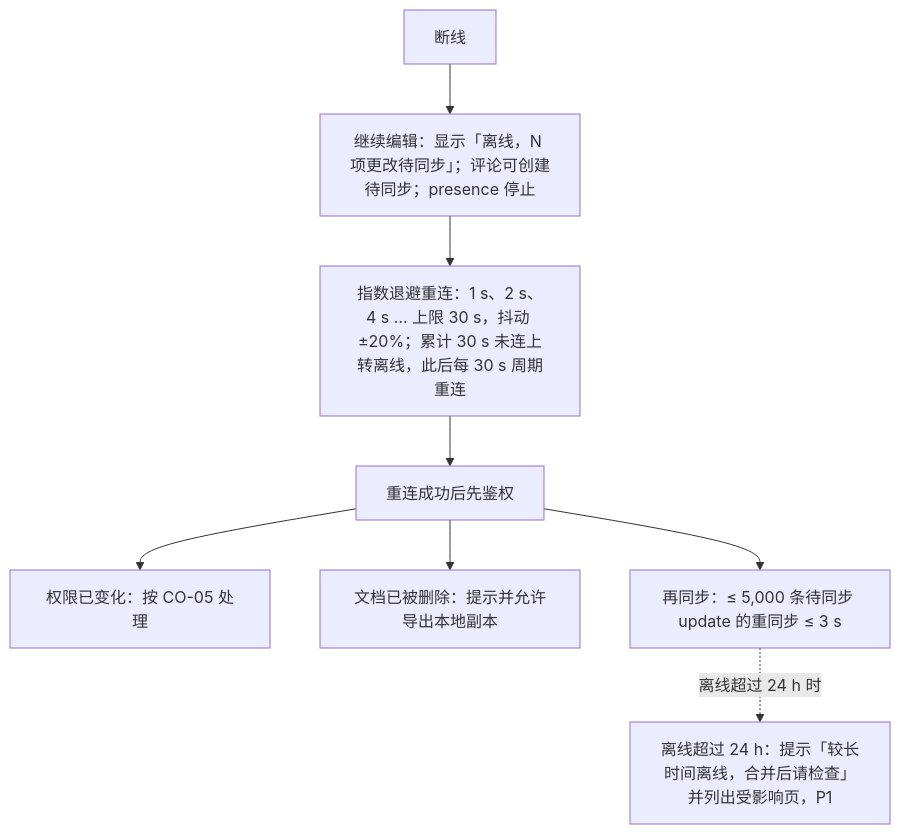
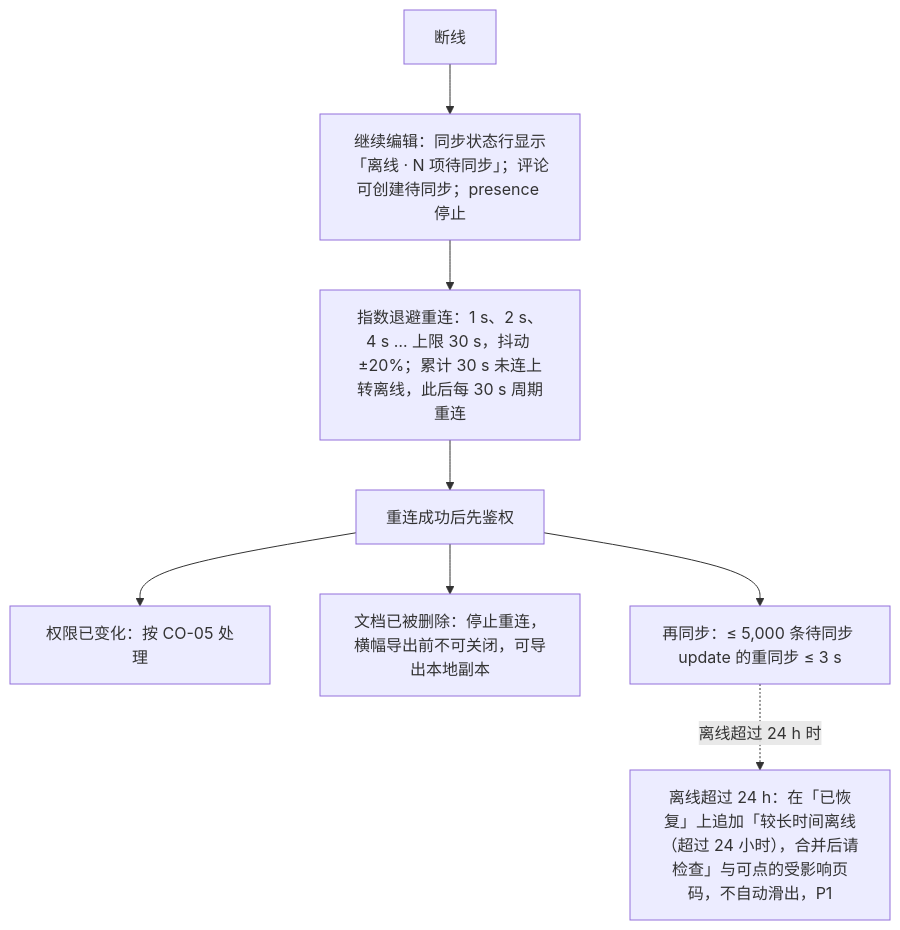
Before and after one commit to Xeonice/cordis-ppt-editor: the fourth of 10 diagrams in docs/10-prd/03-features/03-collaboration.md, drawn with Mermaid. The commit also changed other lines of this file and 16 other files, not shown here.

First line of the commit message:
docs(prd): 按设计语言 v3 改读需求表述（第 0–3 批与母版视图改版）

````diff
--- a/docs/10-prd/03-features/03-collaboration.md
+++ b/docs/10-prd/03-features/03-collaboration.md
@@ -190,16 +193,16 @@
 ```mermaid
 flowchart TB
   drop["断线"]
-  local["继续编辑：显示「离线，N 项更改待同步」；评论可创建待同步；presence 停止"]
+  local["继续编辑：同步状态行显示「离线 · N 项待同步」；评论可创建待同步；presence 停止"]
   backoff["指数退避重连：1 s、2 s、4 s … 上限 30 s，抖动 ±20%；累计 30 s 未连上转离线，此后每 30 s 周期重连"]
   auth["重连成功后先鉴权"]
   perm["权限已变化：按 CO-05 处理"]
-  deleted["文档已被删除：提示并允许导出本地副本"]
+  deleted["文档已被删除：停止重连，横幅导出前不可关闭，可导出本地副本"]
   sync["再同步：≤ 5,000 条待同步 update 的重同步 ≤ 3 s"]
-  long["离线超过 24 h：提示「较长时间离线，合并后请检查」并列出受影响页，P1"]
+  long["离线超过 24 h：在「已恢复」上追加「较长时间离线（超过 24 小时），合并后请检查」与可点的受影响页码，不自动滑出，P1"]
   drop --> local --> backoff --> auth
   auth --> perm
   auth --> deleted
   auth --> sync
   sync -.->|"离线超过 24 h 时"| long
 ```
````
